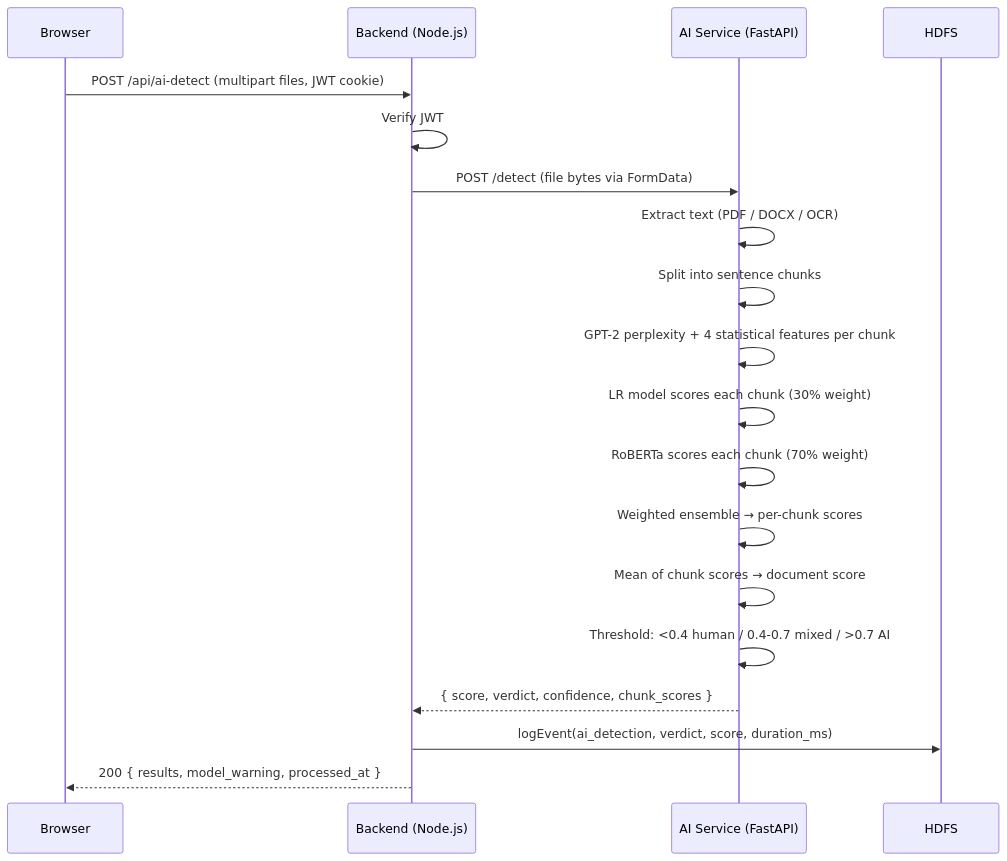
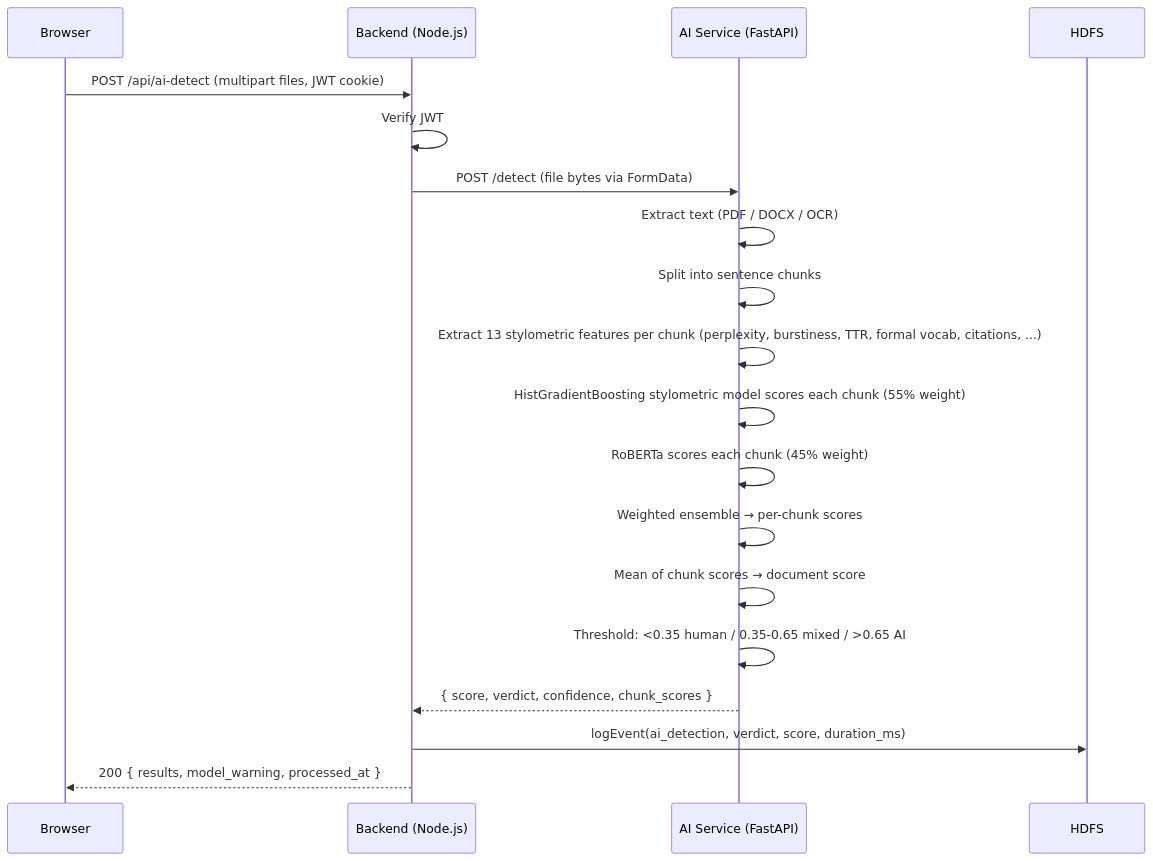
Before and after one commit to securitywithhem/vaultiq: the third of 10 diagrams in README.md, drawn with Mermaid. The commit also changed other lines of this file and 20 other files, not shown here.

First line of the commit message:
feat: retrain AI detector with tuned RoBERTa+HistGB ensemble

````diff
--- a/README.md
+++ b/README.md
@@ -248,21 +248,21 @@
 ```mermaid
 sequenceDiagram
     participant U as Browser
     participant B as Backend (Node.js)
     participant AI as AI Service (FastAPI)
 
     U->>B: POST /api/ai-detect (multipart files, JWT cookie)
     B->>B: Verify JWT
     B->>AI: POST /detect (file bytes via FormData)
     AI->>AI: Extract text (PDF / DOCX / OCR)
     AI->>AI: Split into sentence chunks
-    AI->>AI: GPT-2 perplexity + 4 statistical features per chunk
-    AI->>AI: LR model scores each chunk (30% weight)
-    AI->>AI: RoBERTa scores each chunk (70% weight)
+    AI->>AI: Extract 13 stylometric features per chunk (perplexity, burstiness, TTR, formal vocab, citations, ...)
+    AI->>AI: HistGradientBoosting stylometric model scores each chunk (55% weight)
+    AI->>AI: RoBERTa scores each chunk (45% weight)
     AI->>AI: Weighted ensemble → per-chunk scores
     AI->>AI: Mean of chunk scores → document score
-    AI->>AI: Threshold: <0.4 human / 0.4-0.7 mixed / >0.7 AI
+    AI->>AI: Threshold: <0.35 human / 0.35-0.65 mixed / >0.65 AI
     AI-->>B: { score, verdict, confidence, chunk_scores }
     B->>HDFS: logEvent(ai_detection, verdict, score, duration_ms)
     B-->>U: 200 { results, model_warning, processed_at }
 ```
````
